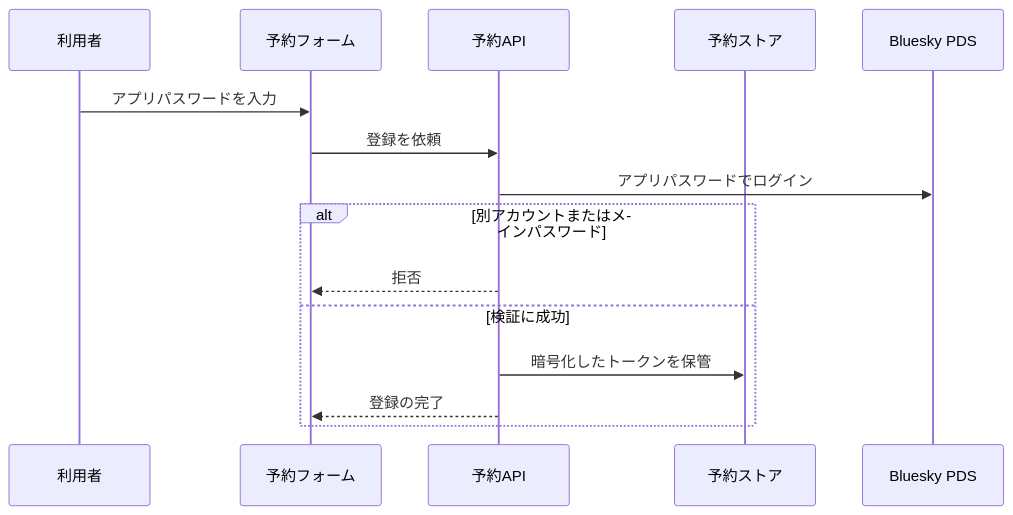
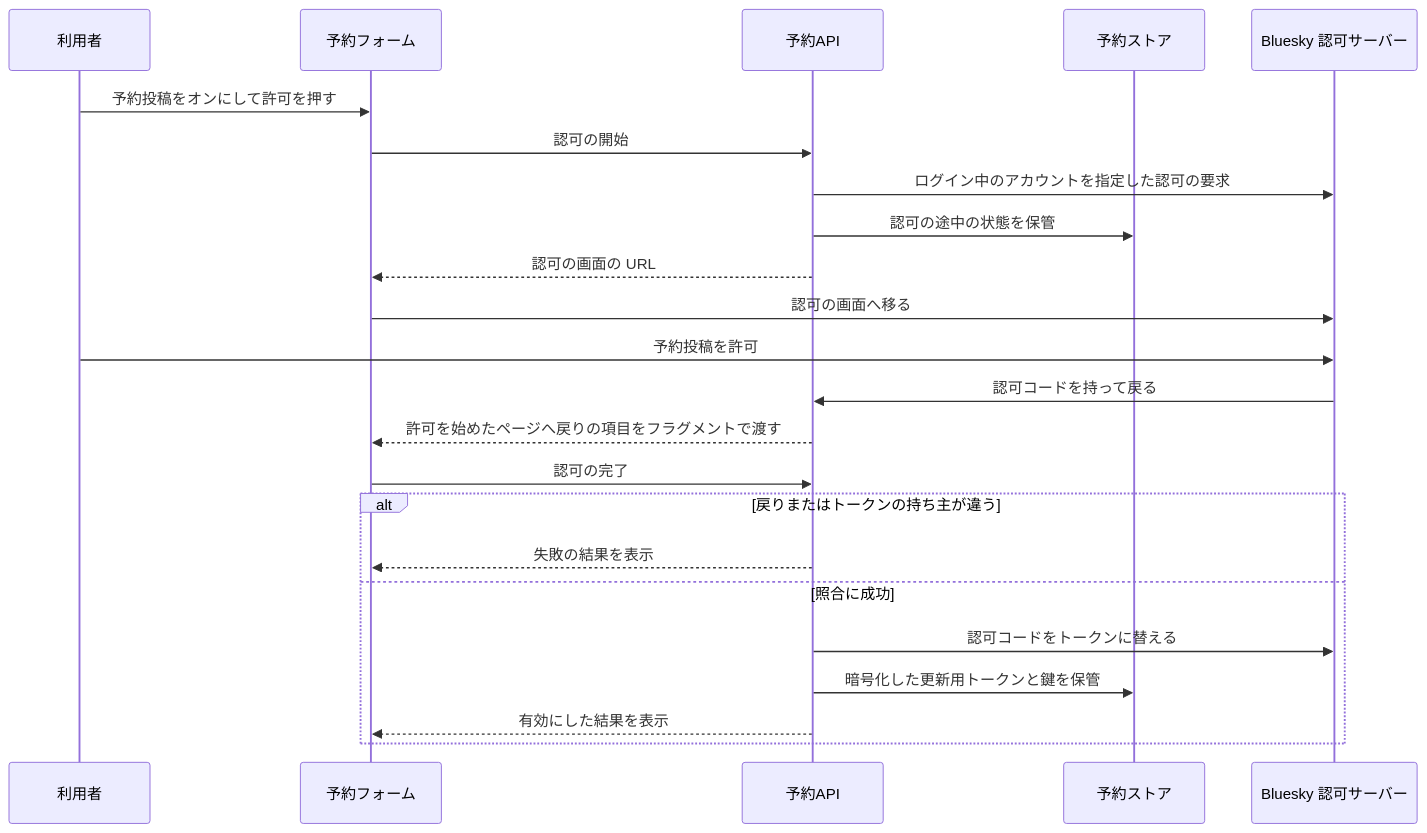
The fifth of 6 diagrams in docs/architecture/scheduled-post.md (nekono-dev/skyshare), drawn with Mermaid before and after one commit. The commit also changed other lines of this file and 88 other files, not shown here.

````diff
--- a/docs/architecture/scheduled-post.md
+++ b/docs/architecture/scheduled-post.md
@@ -121,17 +131,25 @@
 ```mermaid
 sequenceDiagram
   participant ext_user as 利用者
   participant form as 予約フォーム
   participant api as 予約API
   participant store as 予約ストア
-  participant ext_pds as Bluesky PDS
-  ext_user->>form: アプリパスワードを入力
-  form->>api: 登録を依頼
-  api->>ext_pds: アプリパスワードでログイン
-  alt 別アカウントまたはメインパスワード
-    api-->>form: 拒否
-  else 検証に成功
-    api->>store: 暗号化したトークンを保管
-    api-->>form: 登録の完了
+  participant ext_auth as Bluesky 認可サーバー
+  ext_user->>form: 予約投稿をオンにして許可を押す
+  form->>api: 認可の開始
+  api->>ext_auth: ログイン中のアカウントを指定した認可の要求
+  api->>store: 認可の途中の状態を保管
+  api-->>form: 認可の画面の URL
+  form->>ext_auth: 認可の画面へ移る
+  ext_user->>ext_auth: 予約投稿を許可
+  ext_auth->>api: 認可コードを持って戻る
+  api-->>form: 許可を始めたページへ戻りの項目をフラグメントで渡す
+  form->>api: 認可の完了
+  alt 戻りまたはトークンの持ち主が違う
+    api-->>form: 失敗の結果を表示
+  else 照合に成功
+    api->>ext_auth: 認可コードをトークンに替える
+    api->>store: 暗号化した更新用トークンと鍵を保管
+    api-->>form: 有効にした結果を表示
   end
 ```
````
